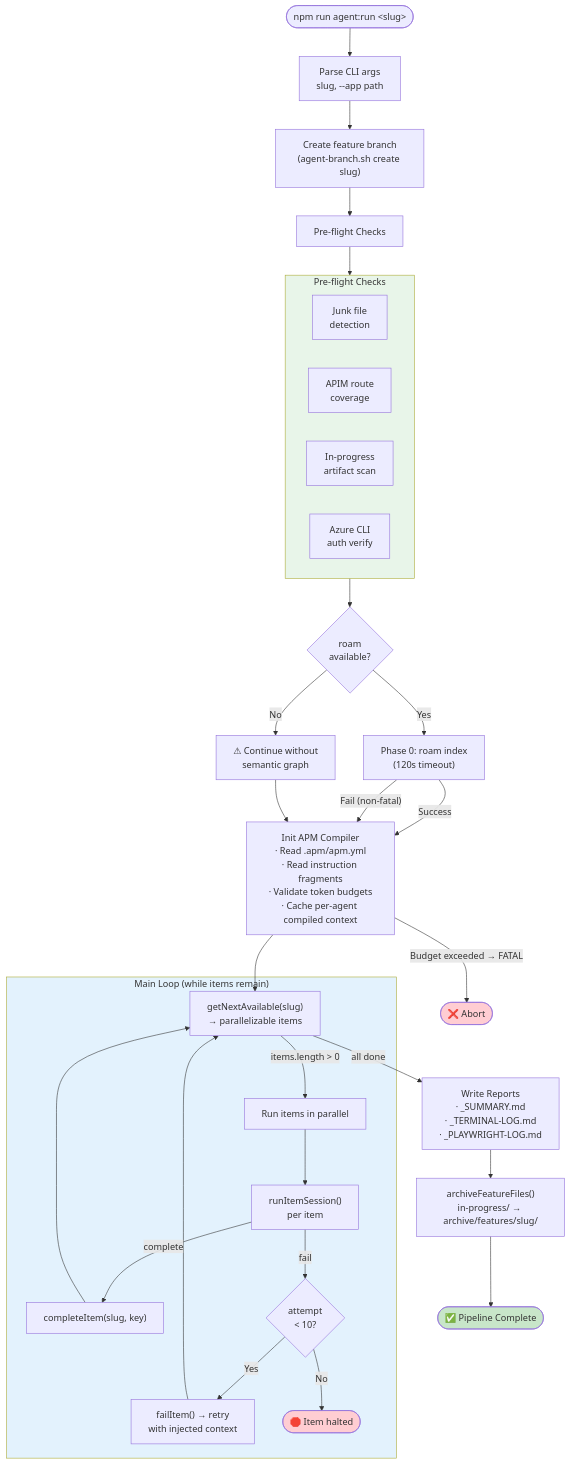
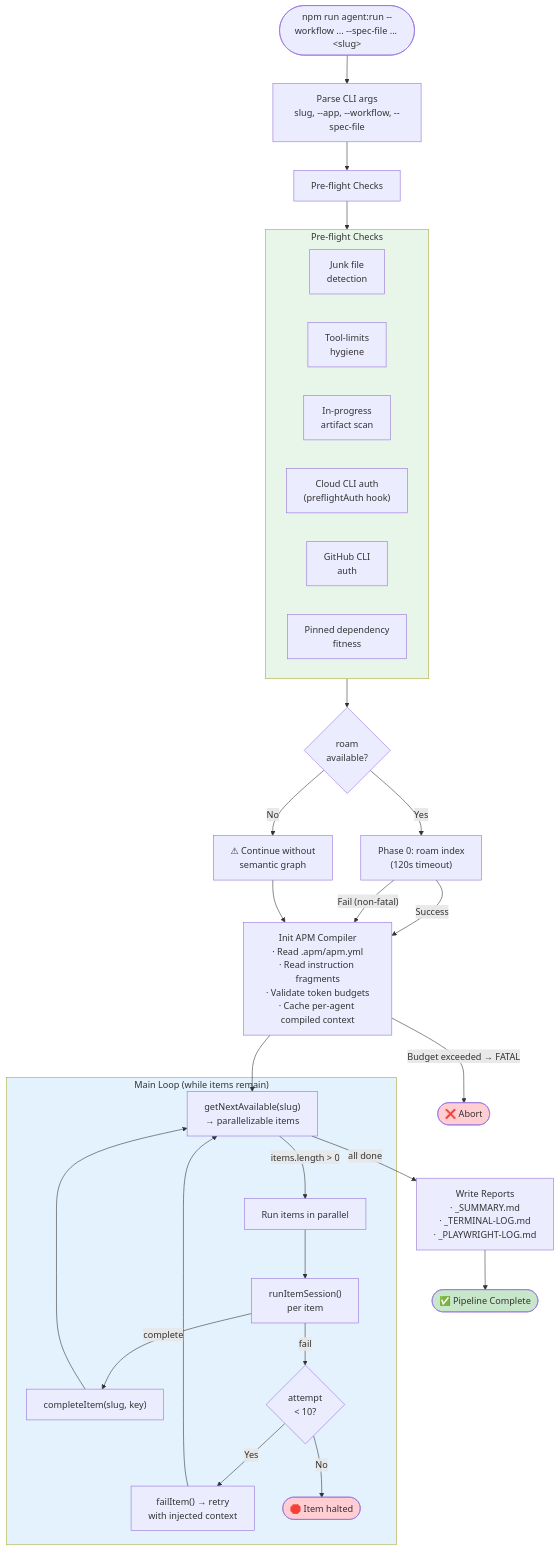
Before and after one commit to RomanKaliupinMelonusa/DAGent-t: the first of 5 diagrams in tools/autonomous-factory/docs/01-watchdog.md, drawn with Mermaid. The commit also changed other lines of this file and 359 other files, not shown here.

````diff
--- a/tools/autonomous-factory/docs/01-watchdog.md
+++ b/tools/autonomous-factory/docs/01-watchdog.md
@@ -23,51 +23,50 @@
 ```mermaid
 flowchart TD
-    START(["npm run agent:run &lt;slug&gt;"])
+    START(["npm run agent:run --workflow ... --spec-file ... &lt;slug&gt;"])
 
-    START --> PARSE["Parse CLI args\nslug, --app path"]
-    PARSE --> BRANCH["Create feature branch\n(agent-branch.sh create slug)"]
-
-    BRANCH --> PREFLIGHT["Pre-flight Checks"]
+    START --> PARSE["Parse CLI args\nslug, --app, --workflow, --spec-file"]
+    PARSE --> PREFLIGHT["Pre-flight Checks"]
 
     subgraph PF["Pre-flight Checks"]
         direction LR
         PF1["Junk file\ndetection"]
-        PF2["APIM route\ncoverage"]
+        PF2["Tool-limits\nhygiene"]
         PF3["In-progress\nartifact scan"]
-        PF4["Azure CLI\nauth verify"]
+        PF4["Cloud CLI auth\n(preflightAuth hook)"]
+        PF5["GitHub CLI\nauth"]
+        PF6["Pinned dependency\nfitness"]
     end
     PREFLIGHT --> PF
 
     PF --> ROAM{"roam\navailable?"}
     ROAM -->|"Yes"| INDEX["Phase 0: roam index\n(120s timeout)"]
     ROAM -->|"No"| WARN["⚠ Continue without\nsemantic graph"]
     INDEX -->|"Success"| ASSEMBLER
     INDEX -->|"Fail (non-fatal)"| ASSEMBLER
     WARN --> ASSEMBLER
 
     ASSEMBLER["Init APM Compiler\n· Read .apm/apm.yml\n· Read instruction fragments\n· Validate token budgets\n· Cache per-agent compiled context"]
     ASSEMBLER -->|"Budget exceeded → FATAL"| ABORT(["❌ Abort"])
     ASSEMBLER --> LOOP
 
     subgraph MAIN_LOOP["Main Loop (while items remain)"]
         LOOP["getNextAvailable(slug)\n→ parallelizable items"]
         LOOP -->|"items.length > 0"| PARALLEL["Run items in parallel"]
         PARALLEL --> SESSION["runItemSession()\nper item"]
         SESSION -->|"complete"| ADVANCE["completeItem(slug, key)"]
         SESSION -->|"fail"| FAIL_CHECK{"attempt\n< 10?"}
         FAIL_CHECK -->|"Yes"| RETRY["failItem() → retry\nwith injected context"]
         FAIL_CHECK -->|"No"| HALT(["🛑 Item halted"])
         ADVANCE --> LOOP
         RETRY --> LOOP
     end
 
     LOOP -->|"all done"| REPORTS["Write Reports\n· _SUMMARY.md\n· _TERMINAL-LOG.md\n· _PLAYWRIGHT-LOG.md"]
-    REPORTS --> ARCHIVE["archiveFeatureFiles()\nin-progress/ → archive/features/slug/"]
-    ARCHIVE --> DONE(["✅ Pipeline Complete"])
+    REPORTS --> DONE(["✅ Pipeline Complete"])
 
     style PF fill:#e8f5e9
     style MAIN_LOOP fill:#e3f2fd
     style ABORT fill:#ffcdd2
     style HALT fill:#ffcdd2
     style DONE fill:#c8e6c9
 ```
````
